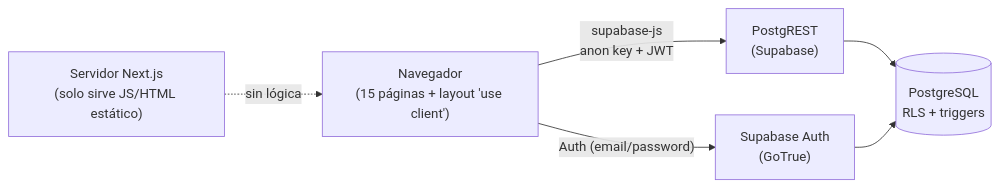
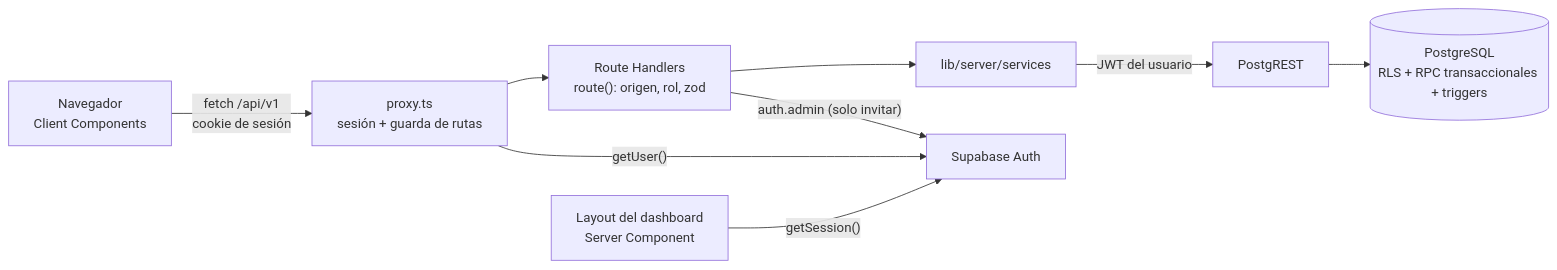
One commit to CarlosDevSanchez/barstock changed the diagram in docs/01-arquitectura/01-vision-general.md. Above: the diagram before and after it, drawn with Mermaid. The commit also changed other lines of this file and 23 other files, not shown here.

First line of the commit message:
docs: rewrite README and the architecture, database, module and guide docs

````diff
--- a/docs/01-arquitectura/01-vision-general.md
+++ b/docs/01-arquitectura/01-vision-general.md
@@ -13,8 +13,11 @@
 ```mermaid
 flowchart LR
-    B["Navegador<br/>(15 páginas + layout 'use client')"] -- "supabase-js<br/>anon key + JWT" --> P["PostgREST<br/>(Supabase)"]
-    P --> D[("PostgreSQL<br/>RLS + triggers")]
-    B -- "Auth (email/password)" --> A["Supabase Auth<br/>(GoTrue)"]
-    A --> D
-    N["Servidor Next.js<br/>(solo sirve JS/HTML estático)"] -. "sin lógica" .-> B
+    B["Navegador<br/>Client Components"] -- "fetch /api/v1<br/>cookie de sesión" --> P["proxy.ts<br/>sesión + guarda de rutas"]
+    P --> R["Route Handlers<br/>route(): origen, rol, zod"]
+    R --> S["lib/server/services"]
+    S -- "JWT del usuario" --> PG["PostgREST"]
+    PG --> D[("PostgreSQL<br/>RLS + RPC transaccionales + triggers")]
+    R -- "auth.admin (solo invitar)" --> A["Supabase Auth"]
+    P -- "getUser()" --> A
+    L["Layout del dashboard<br/>Server Component"] -- "getSession()" --> A
 ```
````
